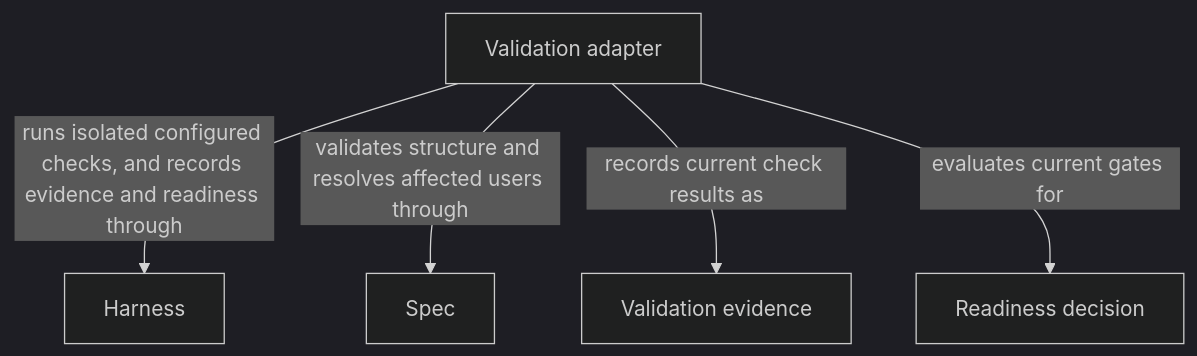
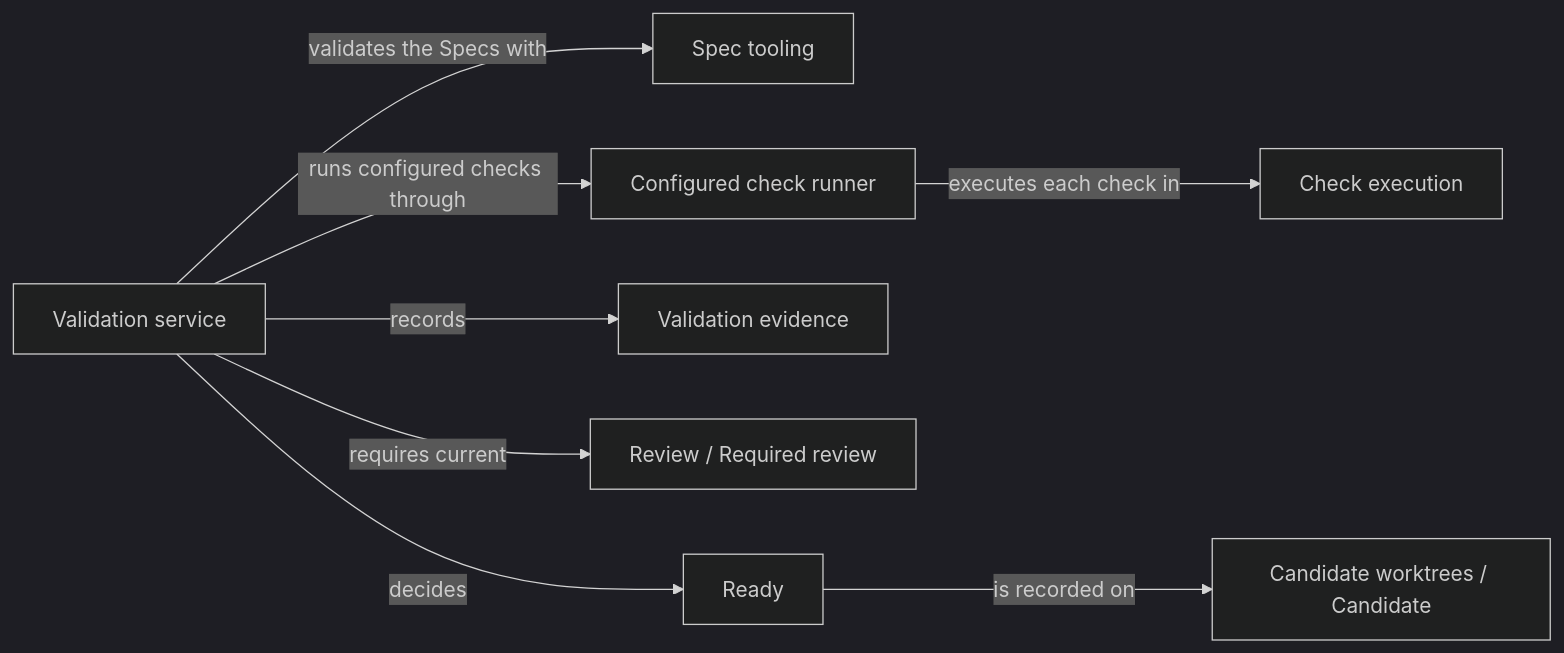
Before and after one commit to FTOD/concorde: the diagram in specs/concorde/validation/module.md, drawn with Mermaid (dark theme). The commit also changed other lines of this file and 370 other files, not shown here.

First line of the commit message:
Rewrite Concorde's Specs and Spec tooling for Protocol 11

````diff
--- a/specs/concorde/validation/module.md
+++ b/specs/concorde/validation/module.md
@@ -71,14 +131,12 @@
 ```mermaid
-flowchart TB
-    accTitle: Validation entities and dependencies
-    accDescr: Validation resolves affected users and validates Spec structure, runs configured checks through the isolated Harness executor and records evidence and readiness decisions through the host.
-    e0["Validation adapter"]
-    e2["Harness"]
-    e3["Spec"]
-    e0 -->|runs isolated configured checks, and records evidence and readiness through| e2
-    e0 -->|validates structure and resolves affected users through| e3
-    domain_evidence["Validation evidence"]
-    e0 -->|records current check results as| domain_evidence
-    domain_readiness["Readiness decision"]
-    e0 -->|evaluates current gates for| domain_readiness
+flowchart LR
+    accTitle: Validation collaboration
+    accDescr: The validation service validates Specs, runs configured checks through the check runner and records readiness on the candidate.
+    Service[Validation service] -->|validates the Specs with| Spec[Spec tooling]
+    Service -->|runs configured checks through| Runner[Configured check runner]
+    Runner -->|executes each check in| Checks[Check execution]
+    Service -->|records| Evidence[Validation evidence]
+    Service -->|requires current| Req[Review / Required review]
+    Service -->|decides| Ready[Ready]
+    Ready -->|is recorded on| Cand[Candidate worktrees / Candidate]
 ```
````
